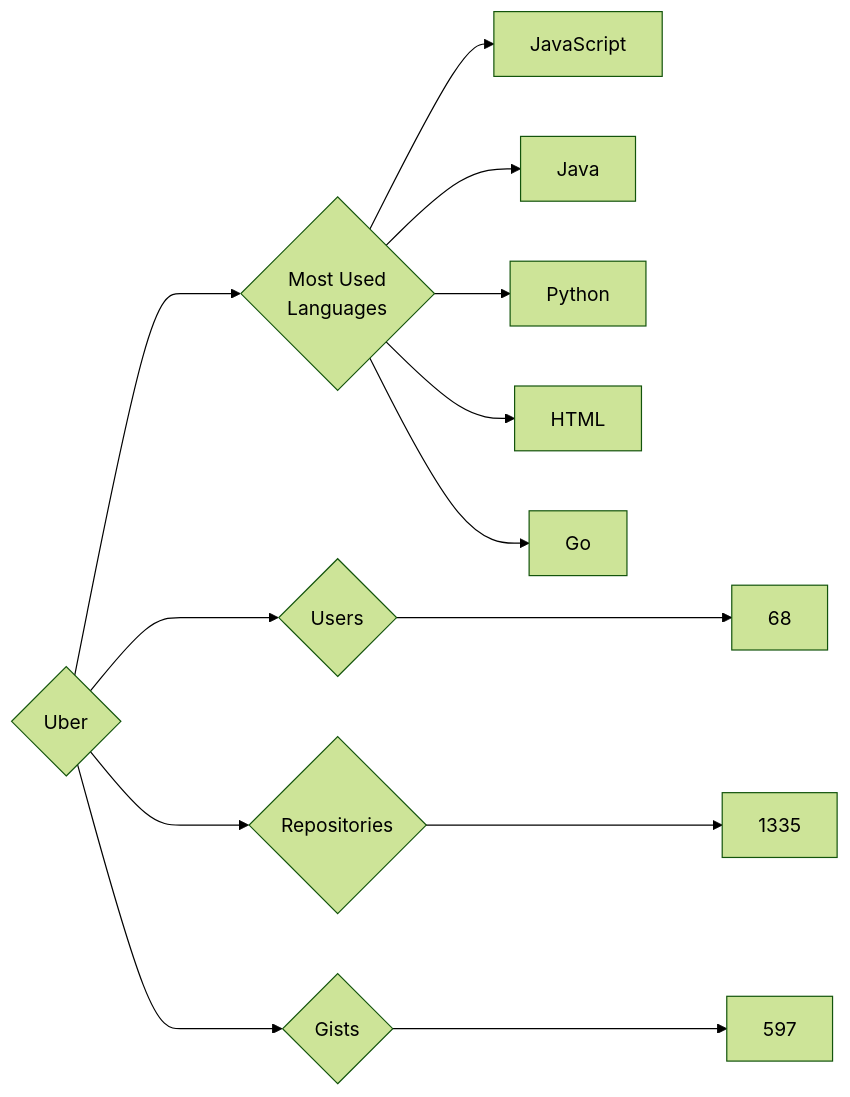
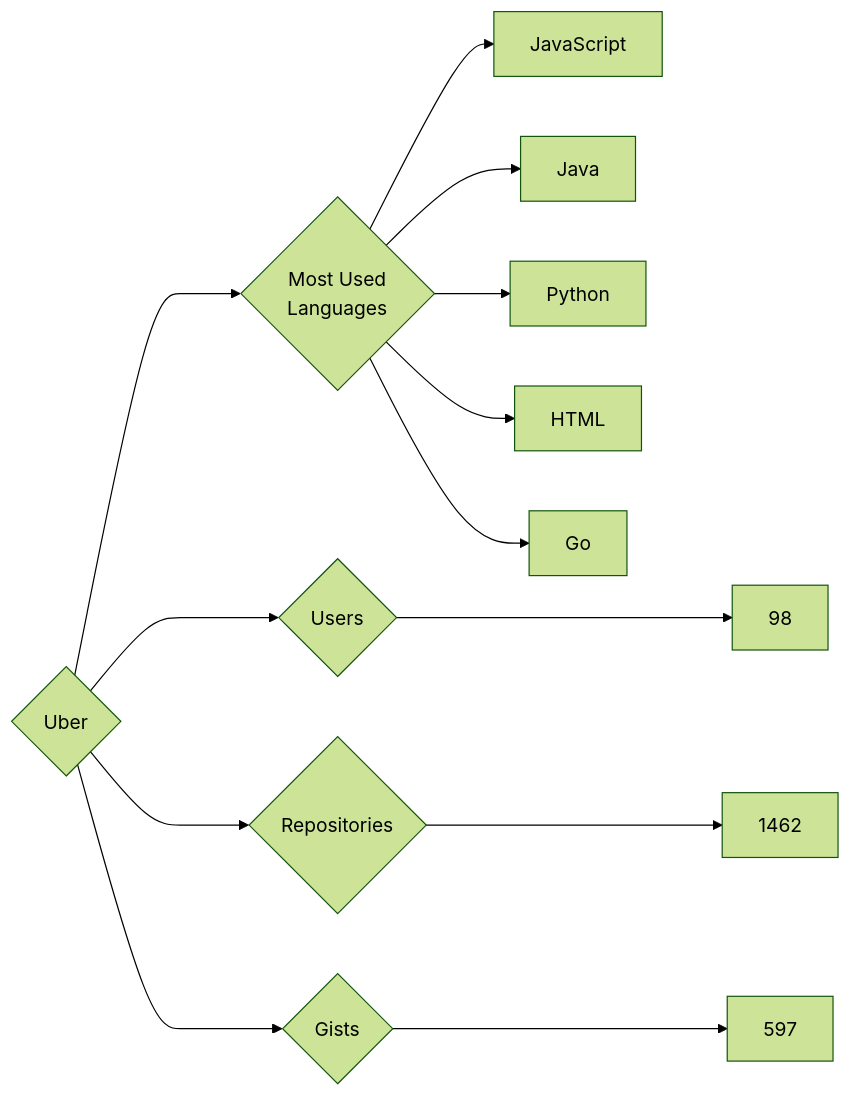
One commit to trickest/insiders changed the diagram in targets/Uber/README.md. Above: the diagram before and after it, drawn with Mermaid (forest theme). The commit also changed 770 other files, not shown here.

````diff
--- a/targets/Uber/README.md
+++ b/targets/Uber/README.md
@@ -3,13 +3,13 @@
 ```mermaid
 graph LR
 COMPANY_NAME{Uber}
-COMPANY_NAME ---> U{Users} ---> UN[68]
-COMPANY_NAME ---> R{Repositories} ---> RN[1335]
+COMPANY_NAME ---> U{Users} ---> UN[98]
+COMPANY_NAME ---> R{Repositories} ---> RN[1462]
 COMPANY_NAME ---> G{Gists} ---> GN[597]
 COMPANY_NAME ---> ML{Most Used<br>Languages}
 ML --> JavaScript[JavaScript]
 ML --> Java[Java]
 ML --> Python[Python]
 ML --> HTML[HTML]
 ML --> Go[Go]
 ```
````
